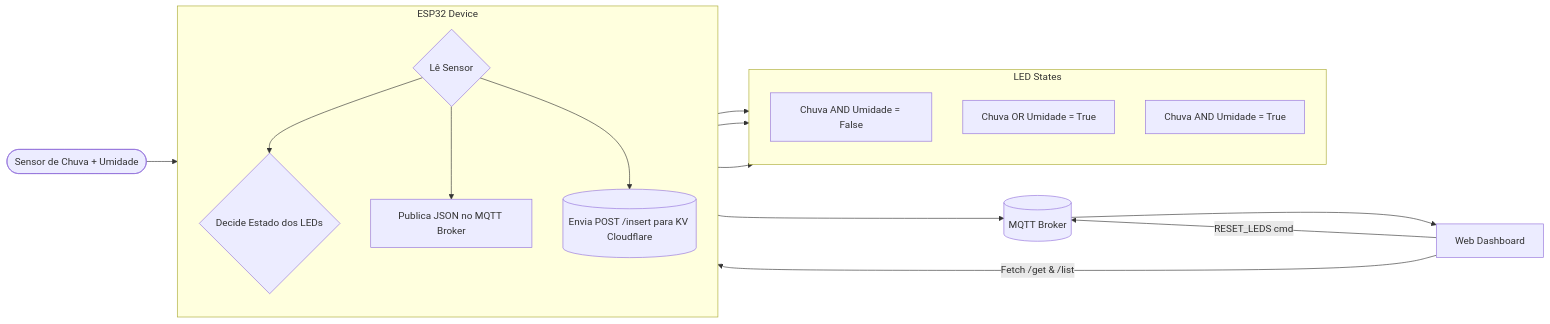
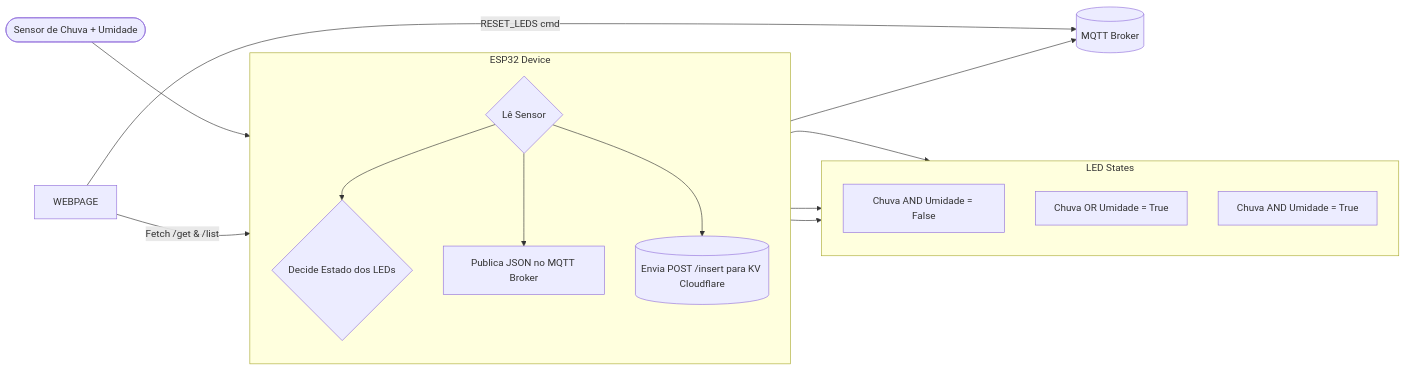
Before and after one commit to Deisab/Trab_gabriel_IOT_g1: the diagram in README.md, drawn with Mermaid. The commit also changed other lines of this file, not shown here.

````diff
--- a/README.md
+++ b/README.md
@@ -8,25 +8,24 @@
 ```mermaid
 flowchart LR
   SENSORS([Sensor de Chuva + Umidade]) --> ESP32_NODE
 
   subgraph ESP32 [ESP32 Device]
     direction TB
     ESP32_NODE{Lê Sensor} --> LED_CTRL{Decide Estado dos LEDs}
     ESP32_NODE --> MQTT_PUB[Publica JSON no MQTT Broker]
     ESP32_NODE --> CF_POST[(Envia POST /insert para KV Cloudflare)]
   end
 
   %% LEDs em bloco separado
   subgraph LEDS [LED States]
     direction TB
     LED_CTRL --> LED_1[Chuva AND Umidade = False]
     LED_CTRL --> LED_2[Chuva OR Umidade = True]
     LED_CTRL --> LED_3[Chuva AND Umidade = True]
   end
 
   %% MQTT
   MQTT_PUB --> BROKER[(MQTT Broker)]
-  BROKER --> WEBPAGE[Web Dashboard]
   WEBPAGE -->|RESET_LEDS cmd| BROKER
   WEBPAGE -->|Fetch /get & /list| CF_POST
 ```
````
